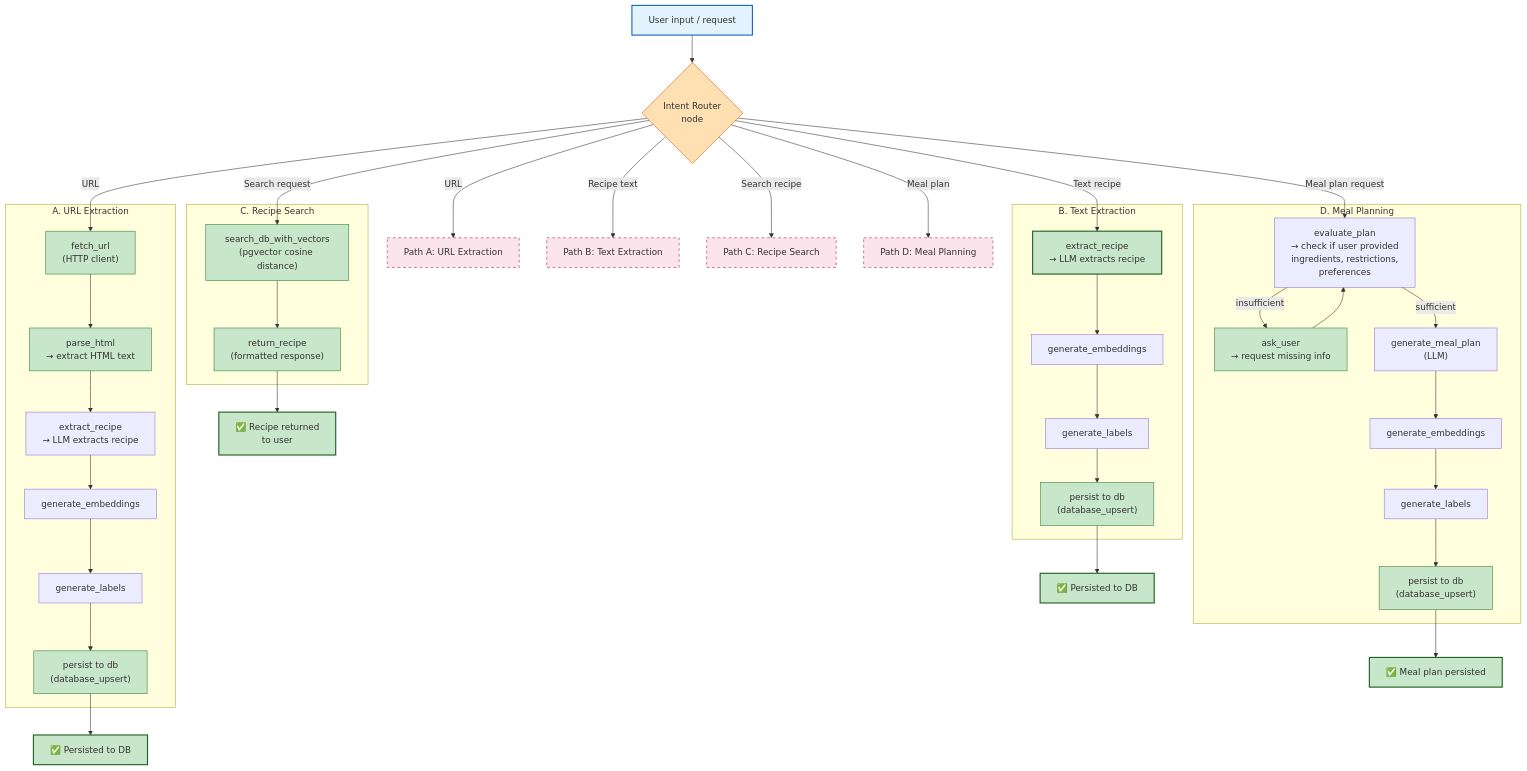
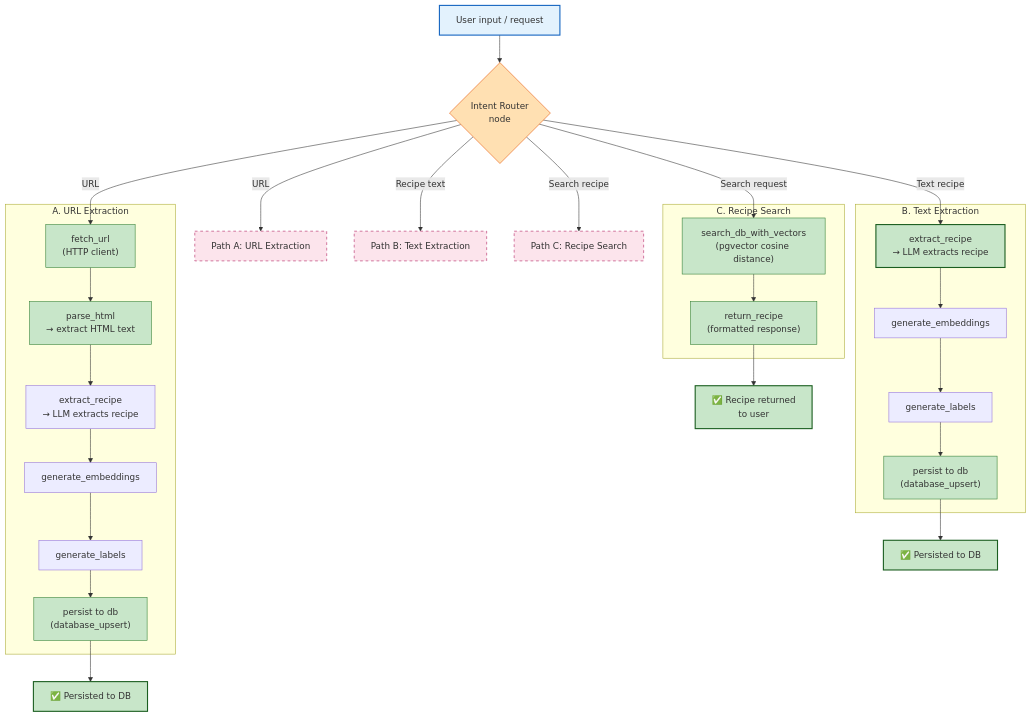
Before and after one commit to siryessuhr/remy: the first of 4 diagrams in README.md, drawn with Mermaid. The commit also changed other lines of this file and 10 other files, not shown here.

````diff
--- a/README.md
+++ b/README.md
@@ -58,69 +137,54 @@
 ```mermaid
 graph TD
     user["User input / request"] --> router{Intent Router<br/>node}
 
     router -- "URL" --> pathA[Path A: URL Extraction]
     router -- "Recipe text" --> pathB[Path B: Text Extraction]
     router -- "Search recipe" --> pathC[Path C: Recipe Search]
-    router -- "Meal plan" --> pathD[Path D: Meal Planning]
 
     %% Path A — URL extraction
     subgraph "A. URL Extraction"
         fetchUrl["fetch_url<br/>(HTTP client)"] --> parseHtml["parse_html<br/>→ extract HTML text"]
         parseHtml --> extractRecipe1["extract_recipe<br/>→ LLM extracts recipe"]
         extractRecipe1 --> generateEmbeddings1["generate_embeddings"]
         generateEmbeddings1 --> generateLabels1["generate_labels"]
         generateLabels1 --> persistA["persist to db<br/>(database_upsert)"]
     end
 
     %% Path B — Text extraction
     subgraph "B. Text Extraction"
         extractRecipe2["extract_recipe<br/>→ LLM extracts recipe"]
         extractRecipe2 --> generateEmbeddings2["generate_embeddings"]
         generateEmbeddings2 --> generateLabels2["generate_labels"]
         generateLabels2 --> persistB["persist to db<br/>(database_upsert)"]
     end
 
     router -- URL --> fetchUrl
     router -- "Text recipe" --> extractRecipe2
 
     %% Path C — Recipe search
     subgraph "C. Recipe Search"
         searchDb["search_db_with_vectors<br/>(pgvector cosine distance)"] --> returnRecipe["return_recipe<br/>(formatted response)"]
     end
 
     router -- "Search request" --> searchDb
 
-    %% Path D — Meal plan generation
-    subgraph "D. Meal Planning"
-        evalPlan["evaluate_plan<br/>→ check if user provided<br/>ingredients, restrictions,<br/>preferences"]
-        evalPlan -- insufficient --> askUser["ask_user<br/>→ request missing info"]
-        askUser --> evalPlan
-        evalPlan -- sufficient --> genMealPlan["generate_meal_plan<br/>(LLM)"]
-        genMealPlan --> generateEmbeddings3["generate_embeddings"]
-        generateEmbeddings3 --> generateLabels3["generate_labels"]
-        generateLabels3 --> persistD["persist to db<br/>(database_upsert)"]
-    end
-
-    router -- "Meal plan request" --> evalPlan
-
     %% Final nodes
     persistA --> persistEnd1["✅ Persisted to DB"]
     persistB --> persistEnd2["✅ Persisted to DB"]
     returnRecipe --> searchEnd["✅ Recipe returned<br/>to user"]
-    persistD --> mealEnd["✅ Meal plan persisted"]
 
     classDef startNode fill:#e3f2fd,stroke:#1565c0,stroke-width:2px;
     classDef routerNode fill:#fff9c4,stroke:#f9a825,stroke-width:2px;
     classDef toolNode fill:#c8e6c9,stroke:#2e7d32,stroke-width:1px;
     classDef llmNode fill:#fce4ec,stroke:#ad1457,stroke-width:1px,stroke-dasharray:5 5;
     classDef decision fill:#ffe0b2,stroke:#e65100,stroke-width:1px;
     classDef finalNode fill:#c8e6c9,stroke:#1b5e20,stroke-width:2px;
 
     class user startNode;
     class router decision;
-    class pathA,pathB,pathC,pathD llmNode;
+    class pathA,pathB,pathC llmNode;
     class fetchUrl,parseHtml,persistA,persistB,persistD,searchDb,returnRecipe,askUser toolNode;
     class extractRecipe2,llmNode finalNode;
     class persistEnd1,persistEnd2,searchEnd,mealEnd finalNode;
 ```
````
